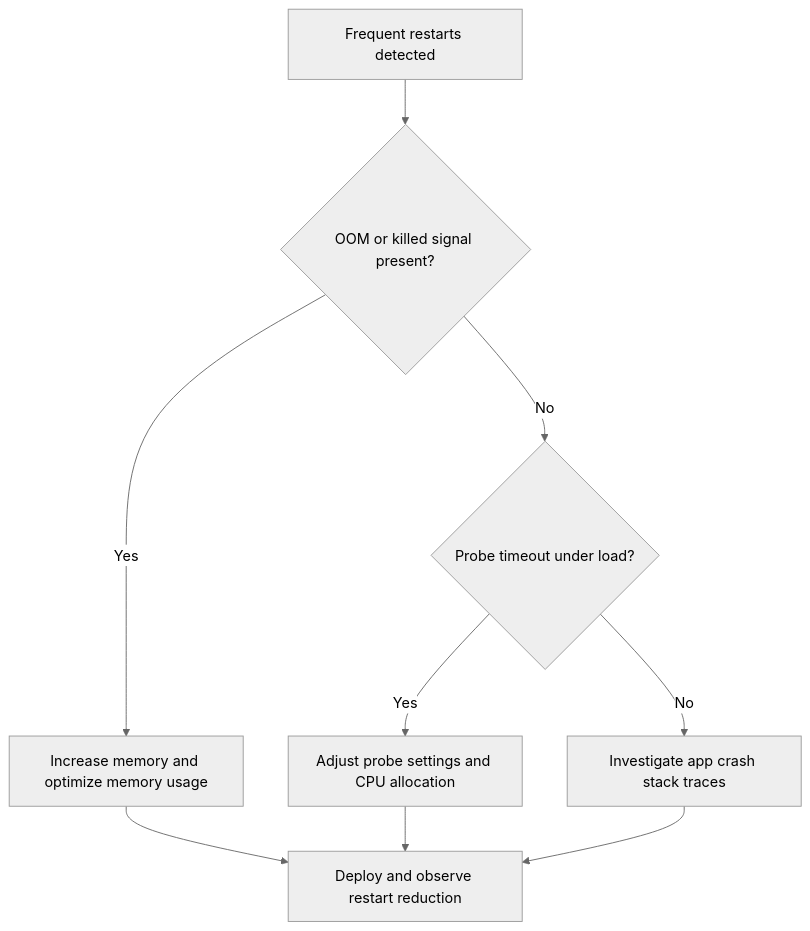
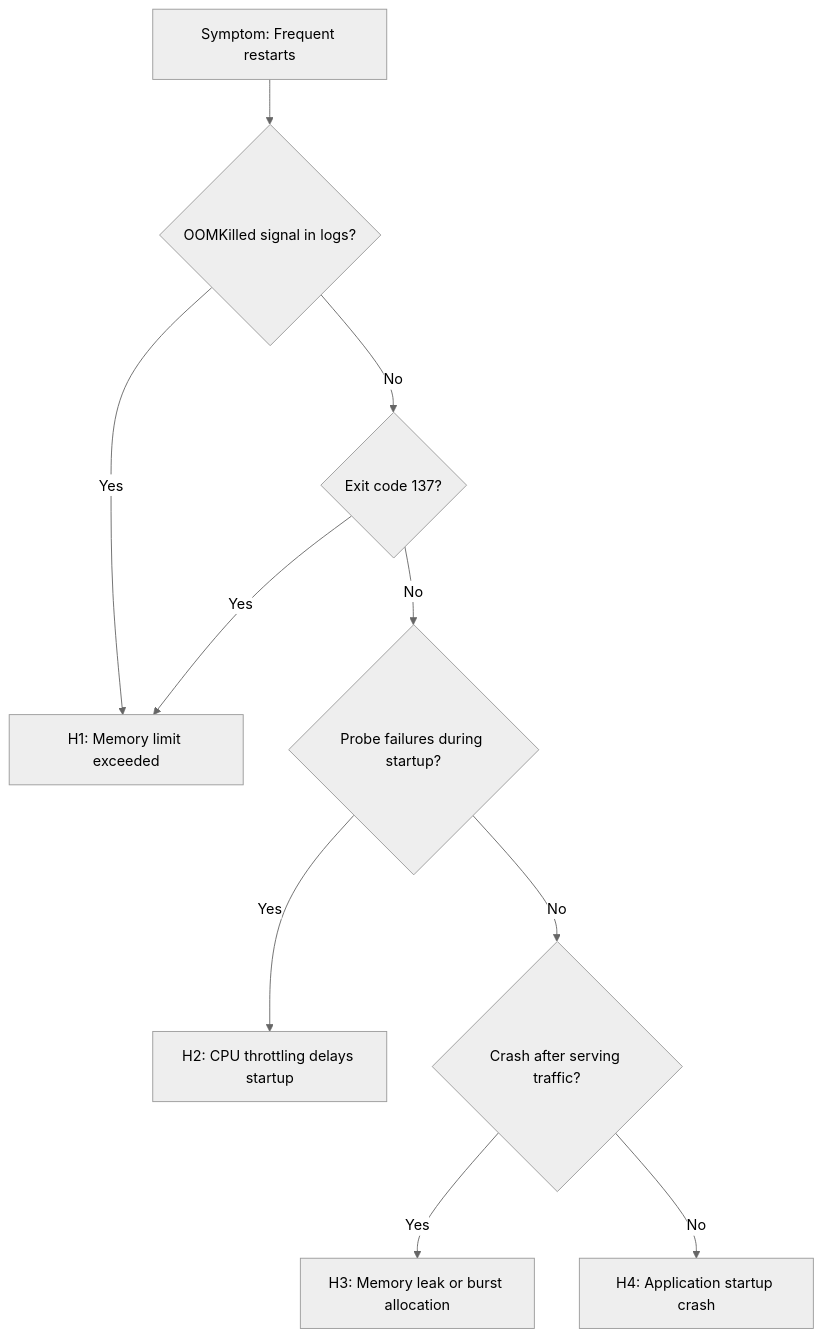
The diagram in docs/troubleshooting/playbooks/scaling-and-runtime/crashloop-oom-and-resource-pressure.md (yeongseon/azure-container-apps-practical-guide), drawn with Mermaid (neutral theme) before and after one commit. The commit also changed other lines of this file and 22 other files, not shown here.

````diff
--- a/docs/troubleshooting/playbooks/scaling-and-runtime/crashloop-oom-and-resource-pressure.md
+++ b/docs/troubleshooting/playbooks/scaling-and-runtime/crashloop-oom-and-resource-pressure.md
@@ -67,11 +15,12 @@
 ```mermaid
-flowchart TD
-    A[Frequent restarts detected] --> B{OOM or killed signal present?}
-    B -->|Yes| C[Increase memory and optimize memory usage]
-    B -->|No| D{Probe timeout under load?}
-    D -->|Yes| E[Adjust probe settings and CPU allocation]
-    D -->|No| F[Investigate app crash stack traces]
-    C --> G[Deploy and observe restart reduction]
-    E --> G
-    F --> G
+graph TD
+    A[Symptom: Frequent restarts] --> B{OOMKilled signal in logs?}
+    B -->|Yes| H1[H1: Memory limit exceeded]
+    B -->|No| C{Exit code 137?}
+    C -->|Yes| H1
+    C -->|No| D{Probe failures during startup?}
+    D -->|Yes| H2[H2: CPU throttling delays startup]
+    D -->|No| E{Crash after serving traffic?}
+    E -->|Yes| H3[H3: Memory leak or burst allocation]
+    E -->|No| H4[H4: Application startup crash]
 ```
````
